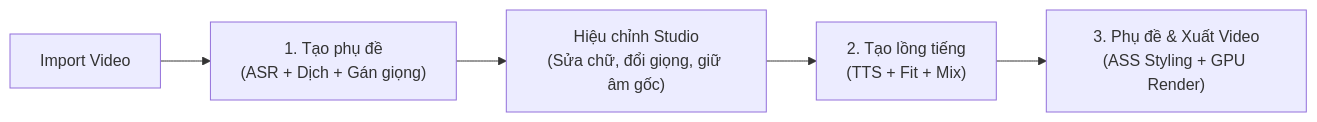
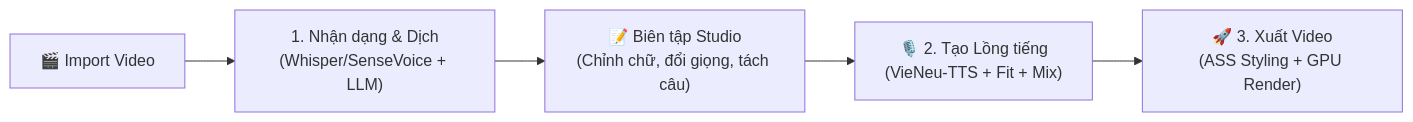
Before and after one commit to Lurz0205/DubStudiobyHTB: the diagram in README.md, drawn with Mermaid. The commit also changed other lines of this file and 136 other files, not shown here.

Commit message:
Release v2.0.0: Next-Gen Studio UI (React/Tailwind + PyWebView), Dynamic Ports, Zero PyQt6, and Syllable-Aware LLM Fit

````diff
--- a/README.md
+++ b/README.md
@@ -61,7 +55,7 @@
 ```mermaid
 flowchart LR
-    A["Import Video"] --> B["1. Tạo phụ đề\n(ASR + Dịch + Gán giọng)"]
-    B --> C["Hiệu chỉnh Studio\n(Sửa chữ, đổi giọng, giữ âm gốc)"]
-    C --> D["2. Tạo lồng tiếng\n(TTS + Fit + Mix)"]
-    D --> E["3. Phụ đề & Xuất Video\n(ASS Styling + GPU Render)"]
+    A["🎬 Import Video"] --> B["1. Nhận dạng & Dịch\n(Whisper/SenseVoice + LLM)"]
+    B --> C["📝 Biên tập Studio\n(Chỉnh chữ, đổi giọng, tách câu)"]
+    C --> D["🎙️ 2. Tạo Lồng tiếng\n(VieNeu-TTS + Fit + Mix)"]
+    D --> E["🚀 3. Xuất Video\n(ASS Styling + GPU Render)"]
 ```
````
